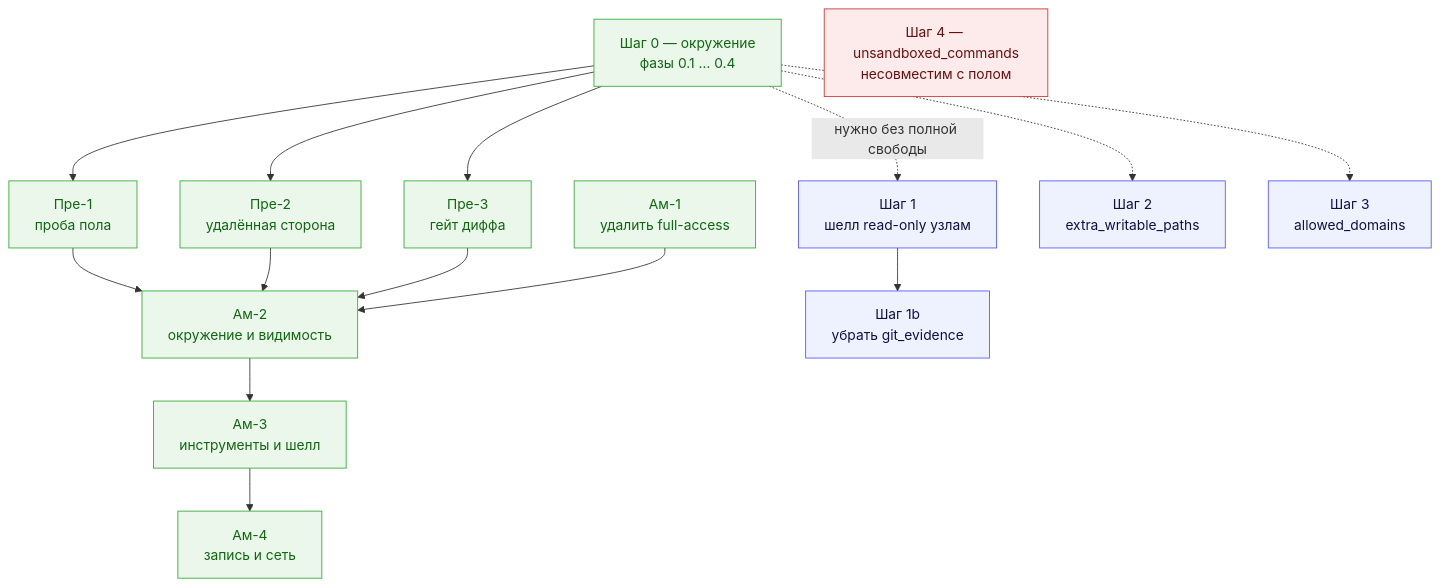
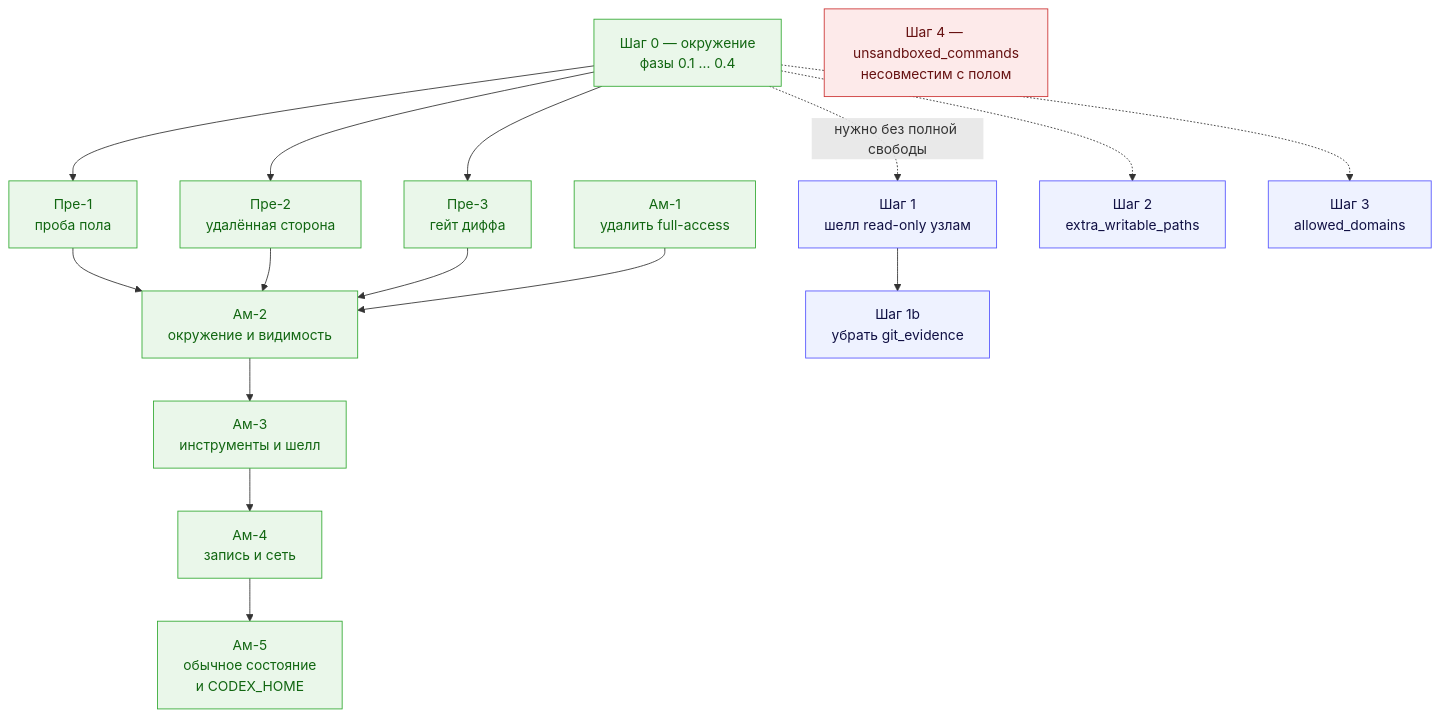
The first of 2 diagrams in docs/backlog/full-tool-access/README.md (VladimirMakarevich/wastech-orchestrator), drawn with Mermaid before and after one commit. The commit also changed other lines of this file and 1 other file, not shown here.

Commit message:
feat: add Phase AM-5 to remove task parking in ordinary repository state and adjust config home provider policies
- Introduced Phase AM-5 to eliminate task parking during normal repository operations, addressing issues with task execution and control plane stability.
- Removed denial policies for provider config homes, allowing Codex to apply patches on macOS without permission errors.
- Enhanced logging to capture reasons for task parking and ensure comprehensive reporting during failures.
- Updated mechanisms to handle git control drift without parking tasks, ensuring smoother operations for users.
- Adjusted flow verification processes to allow for operator modifications during task execution without triggering unnecessary parking.
- Conducted thorough testing to validate changes and ensure compliance with existing security mandates.

````diff
--- a/docs/backlog/full-tool-access/README.md
+++ b/docs/backlog/full-tool-access/README.md
@@ -36,25 +37,26 @@
 ```mermaid
 flowchart TD
     S0["Шаг 0 — окружение<br/>фазы 0.1 … 0.4"]
     S0 --> P1["Пре-1<br/>проба пола"]
     S0 --> P2["Пре-2<br/>удалённая сторона"]
     S0 --> P3["Пре-3<br/>гейт диффа"]
     A1["Ам-1<br/>удалить full-access"]
     P1 --> A2
     P2 --> A2
     P3 --> A2
     A1 --> A2["Ам-2<br/>окружение и видимость"]
     A2 --> A3["Ам-3<br/>инструменты и шелл"]
     A3 --> A4["Ам-4<br/>запись и сеть"]
+    A4 --> A5["Ам-5<br/>обычное состояние<br/>и CODEX_HOME"]
     S0 -.->|"нужно без полной свободы"| S1["Шаг 1<br/>шелл read-only узлам"]
     S1 --> S1b["Шаг 1b<br/>убрать git_evidence"]
     S0 -.-> S2["Шаг 2<br/>extra_writable_paths"]
     S0 -.-> S3["Шаг 3<br/>allowed_domains"]
     S4["Шаг 4 — unsandboxed_commands<br/>несовместим с полом"]
     classDef work fill:#eaf7ea,stroke:#3a3,color:#161
     classDef opt fill:#eef2ff,stroke:#55f,color:#114
     classDef danger fill:#fdeaea,stroke:#c33,color:#611
-    class S0,P1,P2,P3,A1,A2,A3,A4 work
+    class S0,P1,P2,P3,A1,A2,A3,A4,A5 work
     class S1,S1b,S2,S3 opt
     class S4 danger
 ```
````
